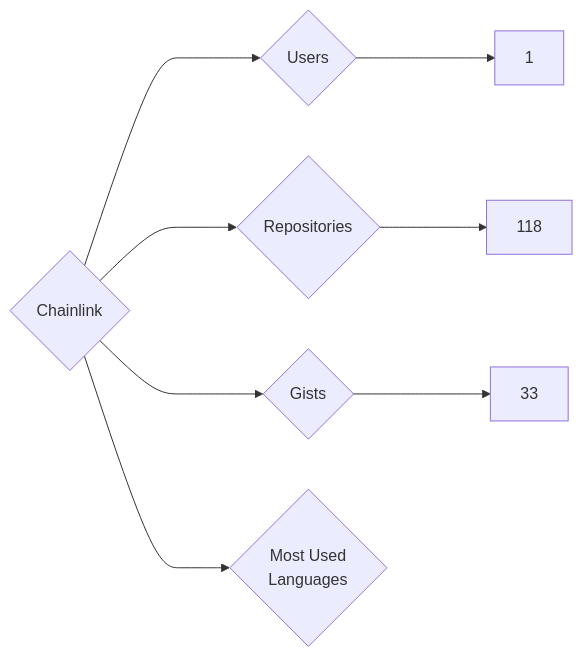
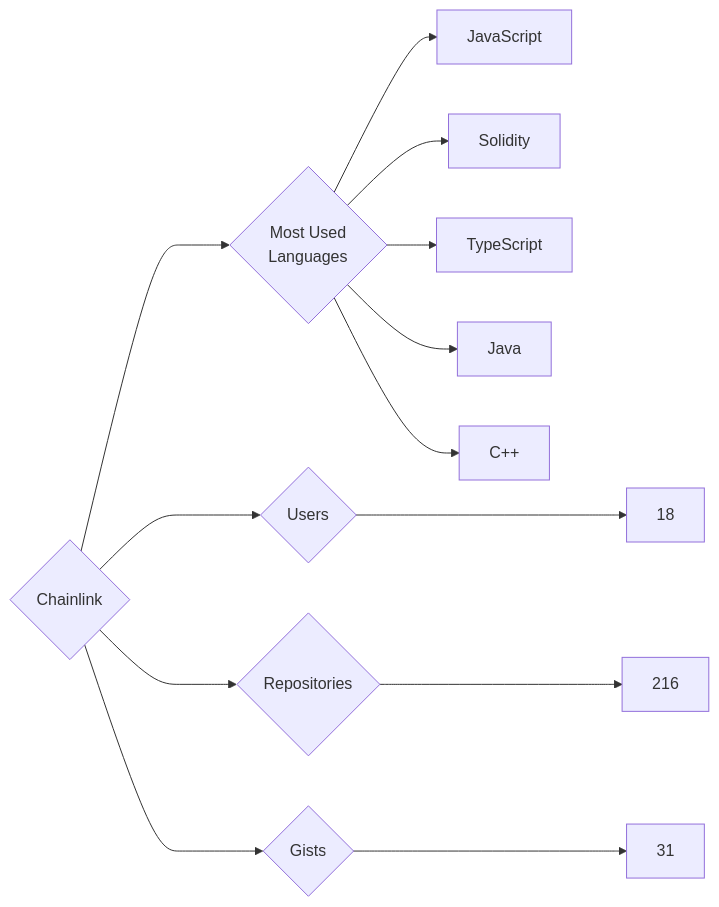
Before and after one commit to trickest/insiders: the diagram in targets/Chainlink/README.md, drawn with Mermaid. The commit also changed 681 other files, not shown here.

````diff
--- a/targets/Chainlink/README.md
+++ b/targets/Chainlink/README.md
@@ -3,8 +3,13 @@
 ```mermaid
 graph LR
 COMPANY_NAME{Chainlink}
-COMPANY_NAME ---> U{Users} ---> UN[1]
-COMPANY_NAME ---> R{Repositories} ---> RN[118]
-COMPANY_NAME ---> G{Gists} ---> GN[33]
+COMPANY_NAME ---> U{Users} ---> UN[18]
+COMPANY_NAME ---> R{Repositories} ---> RN[216]
+COMPANY_NAME ---> G{Gists} ---> GN[31]
 COMPANY_NAME ---> ML{Most Used<br>Languages}
+ML --> JavaScript[JavaScript]
+ML --> Solidity[Solidity]
+ML --> TypeScript[TypeScript]
+ML --> Java[Java]
+ML --> C++[C++]
 ```
````
